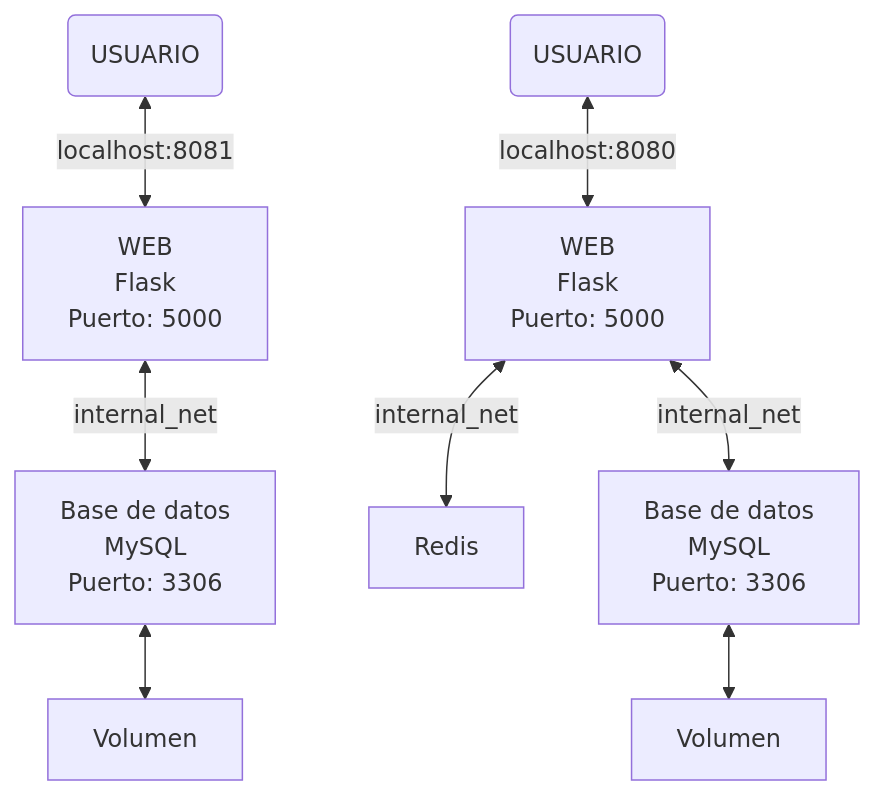
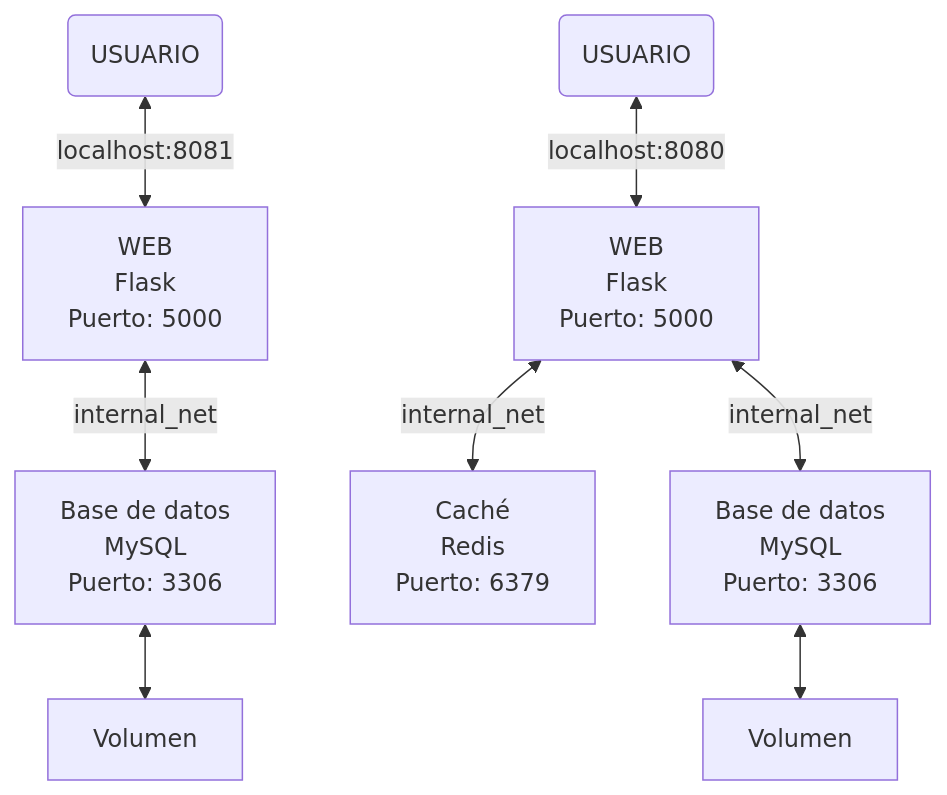
The first of 2 diagrams in Practica1/README.md (ignasipc/Redes-Avanzadas), drawn with Mermaid before and after one commit. The commit also changed other lines of this file, not shown here.

````diff
--- a/Practica1/README.md
+++ b/Practica1/README.md
@@ -60,18 +60,20 @@
 ```mermaid
 flowchart TD
     A(USUARIO) <-->|localhost:8081| B[WEB
     Flask
     Puerto: 5000]
     B <-->|internal_net| C[Base de datos
     MySQL
     Puerto: 3306]
     C <--> D[Volumen]
 
     E(USUARIO) <-->|localhost:8080| F[WEB
     Flask
-    Puerto: 5000] <-->|internal_net| I[Redis]
+    Puerto: 5000] <-->|internal_net| I[Caché
+    Redis
+    Puerto: 6379]
     F <-->|internal_net| G[Base de datos
     MySQL
     Puerto: 3306]
     G <--> H[Volumen]
 ```
````
